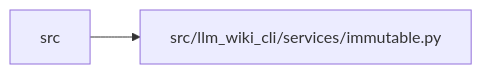
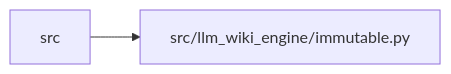
Before and after one commit to Denissvgn/python-wiki-llm: the diagram in docs/llm_wiki/modules/immutable.md, drawn with Mermaid. The commit also changed other lines of this file and 1103 other files, not shown here.

First line of the commit message:
docs: refresh the wiki for the llm-wiki-engine distribution

````diff
--- a/docs/llm_wiki/modules/immutable.md
+++ b/docs/llm_wiki/modules/immutable.md
@@ -22,7 +22,7 @@
 ```mermaid
 flowchart LR
     n0["src"]
-    n1["src/llm_wiki_cli/services/immutable.py"]
+    n1["src/llm_wiki_engine/immutable.py"]
     n0 --> n1
     click n1 "../modules/immutable.md"
 ```
````
